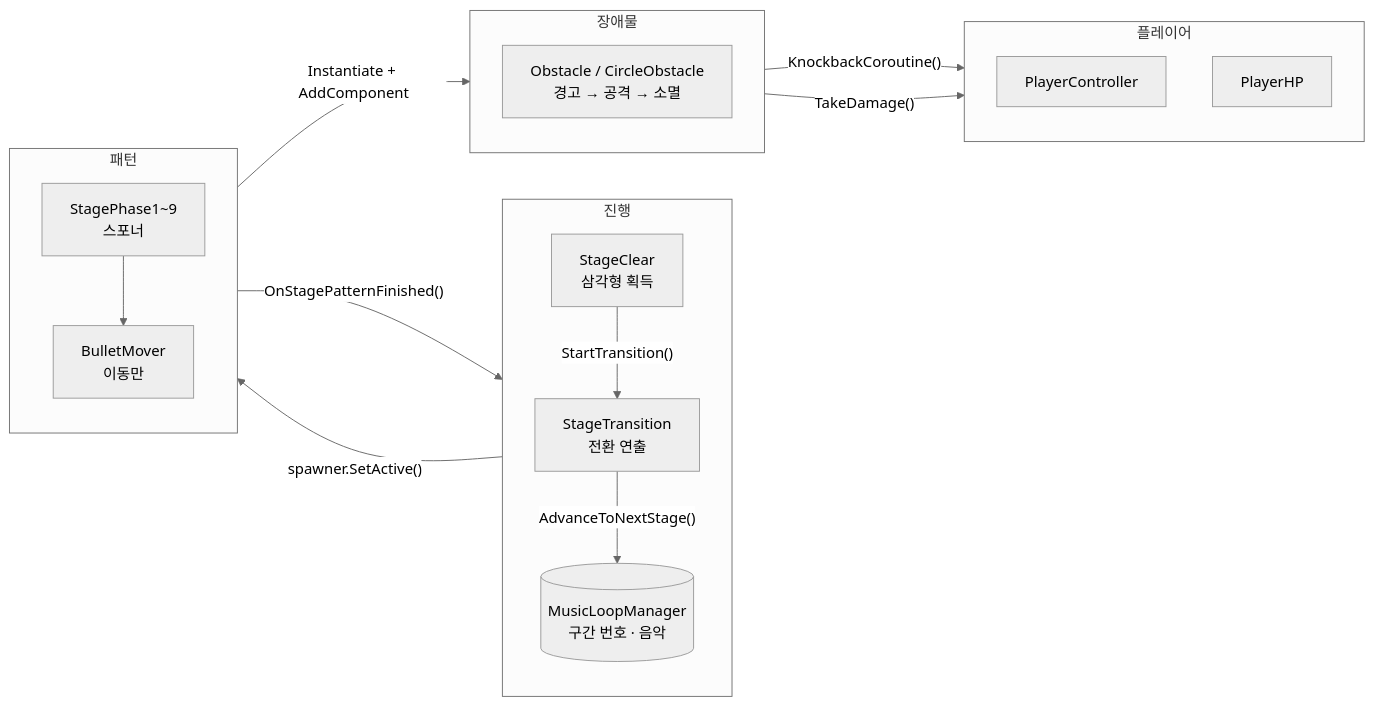
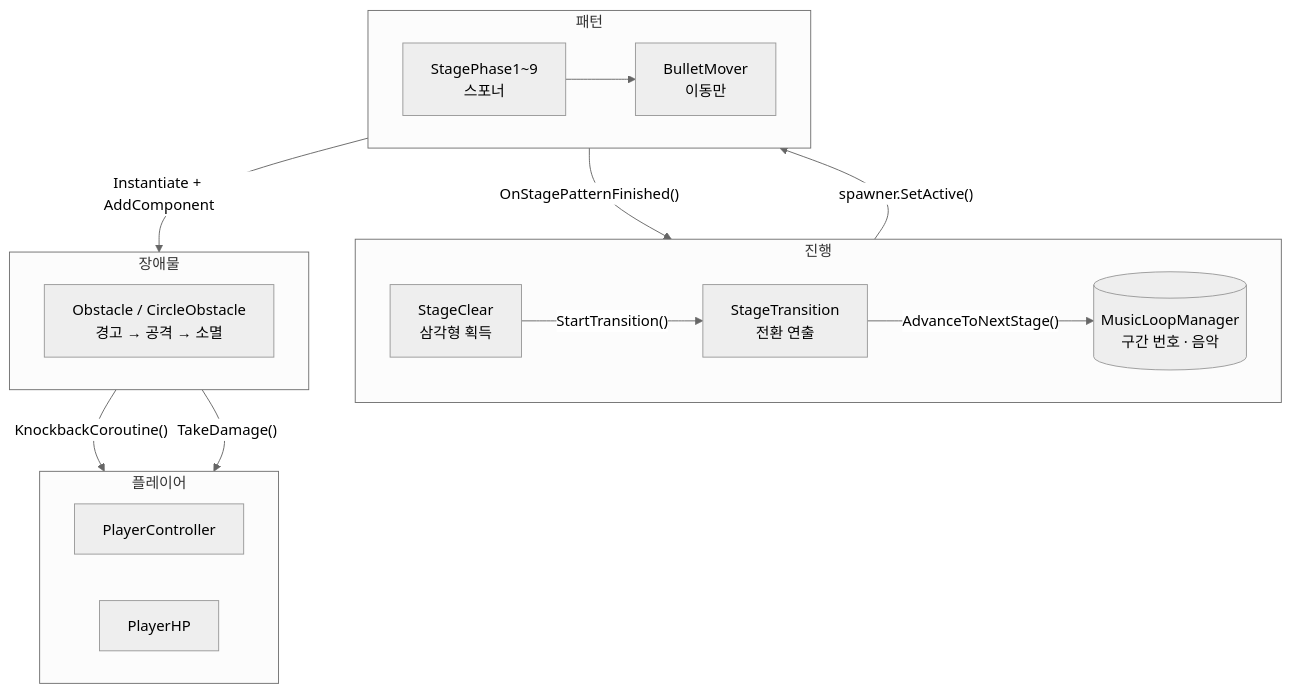
One commit to crescentyun-stack/Portfolio changed the third of 8 diagrams in src/1-Just-Shapes-And-Beats/JSAB기술문서.md. Above: the diagram before and after it, drawn with Mermaid. The commit also changed other lines of this file, not shown here.

````diff
--- a/src/1-Just-Shapes-And-Beats/JSAB기술문서.md
+++ b/src/1-Just-Shapes-And-Beats/JSAB기술문서.md
@@ -145,36 +129,31 @@
 ```mermaid
 %%{init: {'theme':'neutral'}}%%
-flowchart LR
+flowchart TB
     subgraph Progress["진행"]
-        direction TB
-        MLM[("MusicLoopManager<br/>구간 번호 · 음악")]
-        Clear["StageClear<br/>삼각형 획득"]
-        ST["StageTransition<br/>전환 연출"]
+        direction LR
+        Clear["StageClear<br/>삼각형 획득"] -- "StartTransition()" --> ST["StageTransition<br/>전환 연출"]
+        ST -- "AdvanceToNextStage()" --> MLM[("MusicLoopManager<br/>구간 번호 · 음악")]
     end
 
     subgraph Pattern["패턴"]
-        direction TB
-        Phase["StagePhase1~9<br/>스포너"]
-        Mover["BulletMover<br/>이동만"]
+        direction LR
+        Phase["StagePhase1~9<br/>스포너"] --> Mover["BulletMover<br/>이동만"]
     end
 
     subgraph Hazard["장애물"]
-        direction TB
+        direction LR
         Ob["Obstacle / CircleObstacle<br/>경고 → 공격 → 소멸"]
     end
 
     subgraph Player["플레이어"]
-        direction TB
+        direction LR
         PC["PlayerController"]
         HP["PlayerHP"]
     end
 
-    MLM -- "spawner.SetActive()" --> Phase
-    Phase -- "OnStagePatternFinished()" --> MLM
-    Phase -- "Instantiate + AddComponent" --> Ob
-    Phase --> Mover
-    Ob -- "KnockbackCoroutine()" --> PC
-    Ob -- "TakeDamage()" --> HP
-    Clear -- "StartTransition()" --> ST
-    ST -- "AdvanceToNextStage()" --> MLM
+    Progress -- "spawner.SetActive()" --> Pattern
+    Pattern -- "OnStagePatternFinished()" --> Progress
+    Pattern -- "Instantiate + AddComponent" --> Hazard
+    Hazard -- "KnockbackCoroutine()" --> PC
+    Hazard -- "TakeDamage()" --> HP
 ```
````
